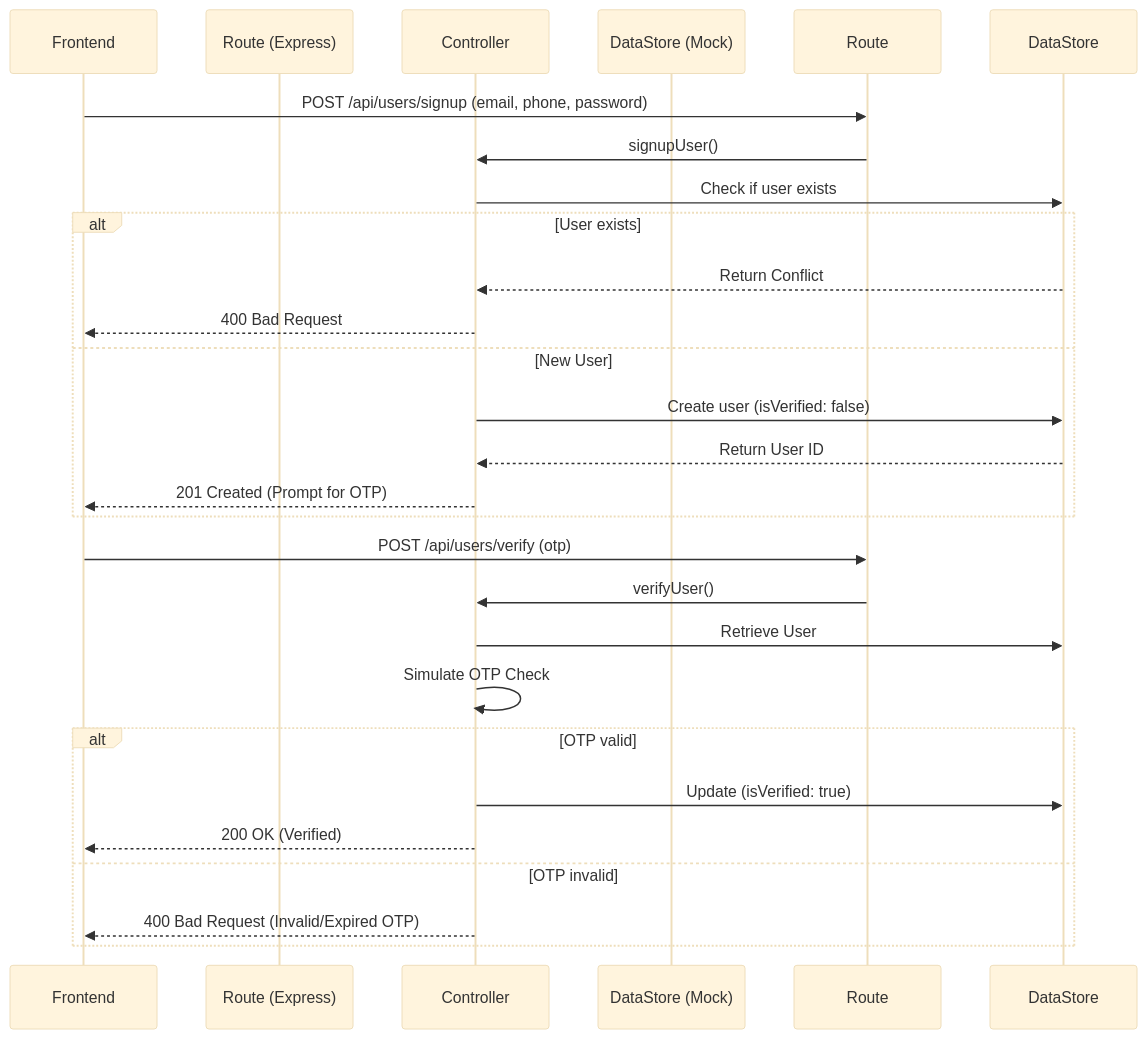
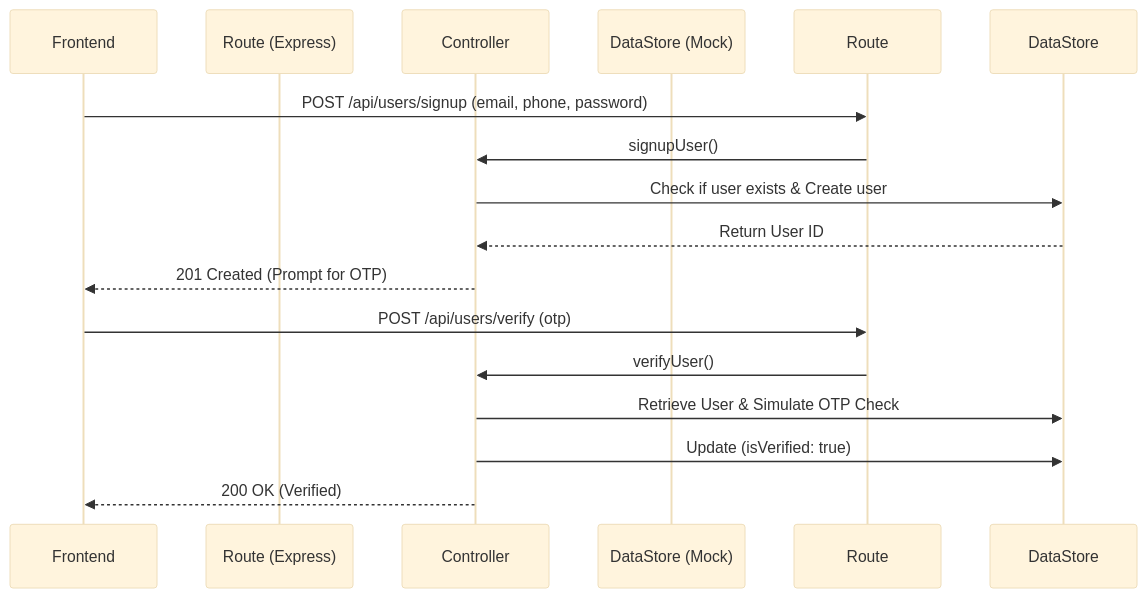
The first of 3 diagrams in README.md (noahdevelopsio/Chuks-Kitchen-Backend), drawn with Mermaid (base theme) before and after one commit. The commit also changed other lines of this file and 3 other files, not shown here.

Commit message:
Update README: explicitly add requirement sections (Flow explanations & Data required)

````diff
--- a/README.md
+++ b/README.md
@@ -12,30 +23,19 @@
 ```mermaid
 sequenceDiagram
     participant Frontend
     participant Route (Express)
     participant Controller
     participant DataStore (Mock)
 
     Frontend->>Route: POST /api/users/signup (email, phone, password)
     Route->>Controller: signupUser()
-    Controller->>DataStore: Check if user exists
-    alt User exists
-        DataStore-->>Controller: Return Conflict
-        Controller-->>Frontend: 400 Bad Request
-    else New User
-        Controller->>DataStore: Create user (isVerified: false)
-        DataStore-->>Controller: Return User ID
-        Controller-->>Frontend: 201 Created (Prompt for OTP)
-    end
+    Controller->>DataStore: Check if user exists & Create user
+    DataStore-->>Controller: Return User ID
+    Controller-->>Frontend: 201 Created (Prompt for OTP)
 
     Frontend->>Route: POST /api/users/verify (otp)
     Route->>Controller: verifyUser()
-    Controller->>DataStore: Retrieve User
-    Controller->>Controller: Simulate OTP Check
-    alt OTP valid
-        Controller->>DataStore: Update (isVerified: true)
-        Controller-->>Frontend: 200 OK (Verified)
-    else OTP invalid
-        Controller-->>Frontend: 400 Bad Request (Invalid/Expired OTP)
-    end
+    Controller->>DataStore: Retrieve User & Simulate OTP Check
+    Controller->>DataStore: Update (isVerified: true)
+    Controller-->>Frontend: 200 OK (Verified)
 ```
````
